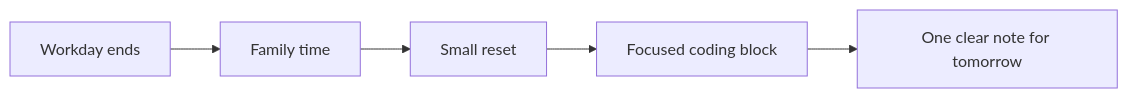
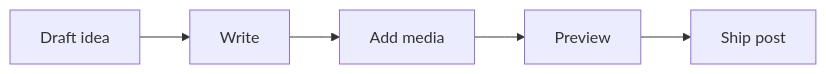
One commit to xanderon/my-website changed the diagram in src/content/blog/life-with-kids-and-coding.md. Above: the diagram before and after it, drawn with Mermaid. The commit also changed other lines of this file and 4 other files, not shown here.

````diff
--- a/src/content/blog/life-with-kids-and-coding.md
+++ b/src/content/blog/life-with-kids-and-coding.md
@@ -81,7 +101,7 @@
 ```mermaid
 flowchart LR
-  A[Workday ends] --> B[Family time]
-  B --> C[Small reset]
-  C --> D[Focused coding block]
-  D --> E[One clear note for tomorrow]
+  A[Draft idea] --> B[Write]
+  B --> C[Add media]
+  C --> D[Preview]
+  D --> E[Ship post]
 ```
````
